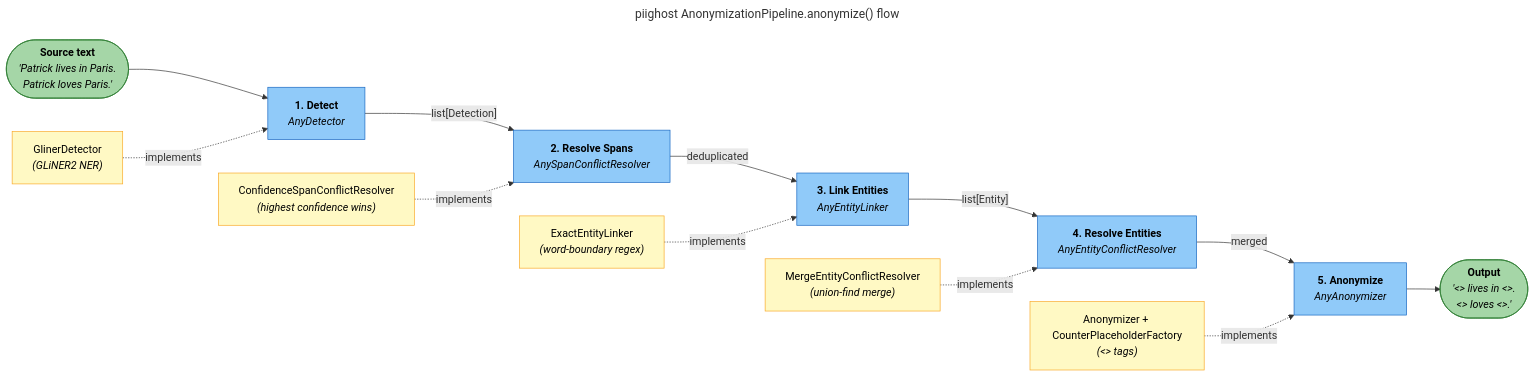
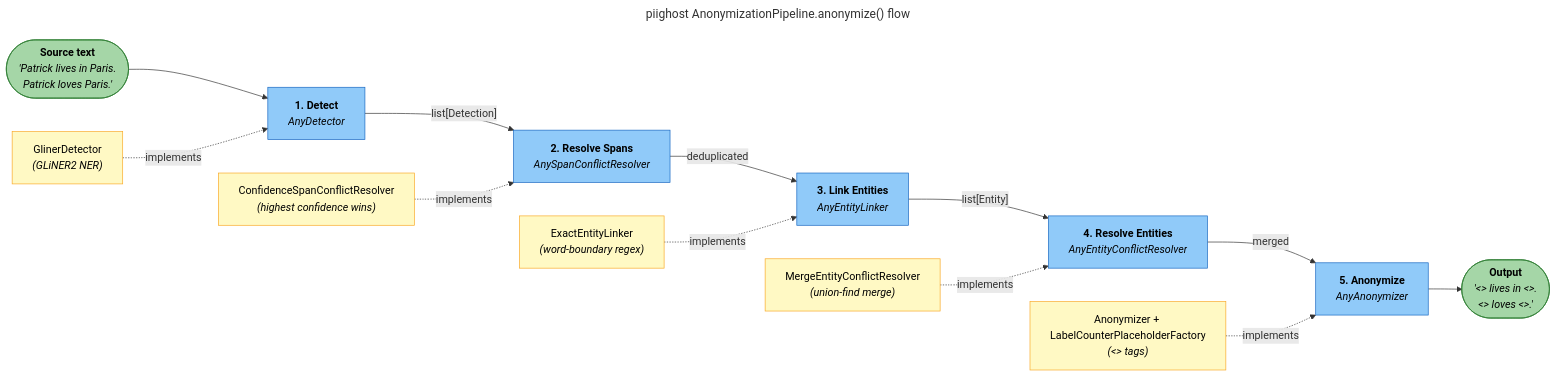
Before and after one commit to Athroniaeth/piighost: the second of 4 diagrams in docs/en/architecture.md, drawn with Mermaid. The commit also changed other lines of this file and 66 other files, not shown here.

First line of the commit message:
feat(placeholder)!: add Counter variants, restructure naming as Style+Mechanism

````diff
--- a/docs/en/architecture.md
+++ b/docs/en/architecture.md
@@ -89,52 +89,52 @@
 ```mermaid
 ---
 title: "piighost AnonymizationPipeline.anonymize() flow"
 ---
 flowchart LR
     classDef stage fill:#90CAF9,stroke:#1565C0,color:#000
     classDef protocol fill:#FFF9C4,stroke:#F9A825,color:#000
     classDef data fill:#A5D6A7,stroke:#2E7D32,color:#000
 
     INPUT(["`**Source text**
     _'Patrick lives in Paris.
     Patrick loves Paris.'_`"]):::data
 
     DETECT["`**1. Detect**
     _AnyDetector_`"]:::stage
     RESOLVE_SPANS["`**2. Resolve Spans**
     _AnySpanConflictResolver_`"]:::stage
     LINK["`**3. Link Entities**
     _AnyEntityLinker_`"]:::stage
     RESOLVE_ENTITIES["`**4. Resolve Entities**
     _AnyEntityConflictResolver_`"]:::stage
     ANONYMIZE["`**5. Anonymize**
     _AnyAnonymizer_`"]:::stage
 
     OUTPUT(["`**Output**
-    _'<<PERSON_1>> lives in <<LOCATION_1>>.
-    <<PERSON_1>> loves <<LOCATION_1>>.'_`"]):::data
+    _'<<PERSON:1>> lives in <<LOCATION:1>>.
+    <<PERSON:1>> loves <<LOCATION:1>>.'_`"]):::data
 
     INPUT --> DETECT
     DETECT -- "list[Detection]" --> RESOLVE_SPANS
     RESOLVE_SPANS -- "deduplicated" --> LINK
     LINK -- "list[Entity]" --> RESOLVE_ENTITIES
     RESOLVE_ENTITIES -- "merged" --> ANONYMIZE
     ANONYMIZE --> OUTPUT
 
     P_DETECT["`GlinerDetector
     _(GLiNER2 NER)_`"]:::protocol
     P_RESOLVE_SPANS["`ConfidenceSpanConflictResolver
     _(highest confidence wins)_`"]:::protocol
     P_LINK["`ExactEntityLinker
     _(word-boundary regex)_`"]:::protocol
     P_RESOLVE_ENTITIES["`MergeEntityConflictResolver
     _(union-find merge)_`"]:::protocol
-    P_ANONYMIZE["`Anonymizer + CounterPlaceholderFactory
-    _(<<LABEL_N>> tags)_`"]:::protocol
+    P_ANONYMIZE["`Anonymizer + LabelCounterPlaceholderFactory
+    _(<<LABEL:N>> tags)_`"]:::protocol
 
     P_DETECT -. "implements" .-> DETECT
     P_RESOLVE_SPANS -. "implements" .-> RESOLVE_SPANS
     P_LINK -. "implements" .-> LINK
     P_RESOLVE_ENTITIES -. "implements" .-> RESOLVE_ENTITIES
     P_ANONYMIZE -. "implements" .-> ANONYMIZE
 ```
````
